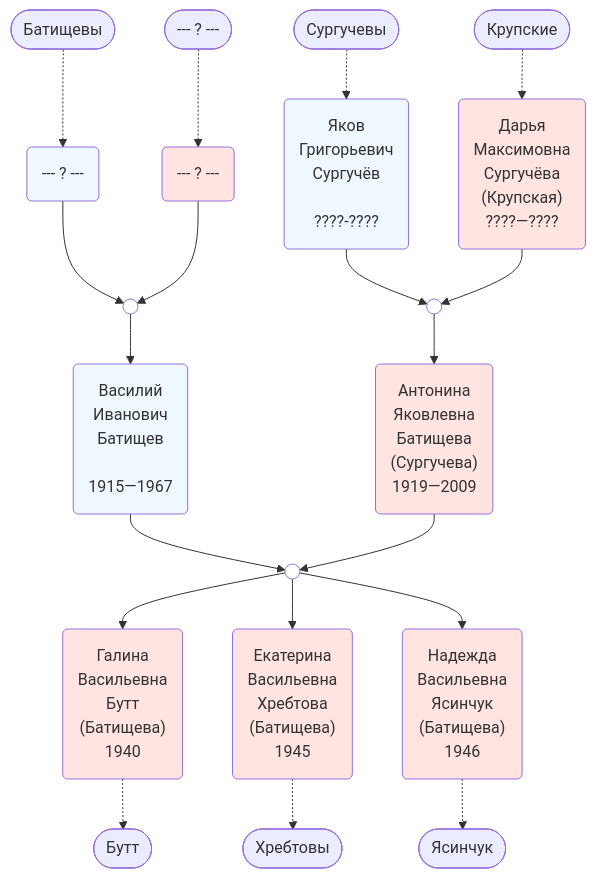
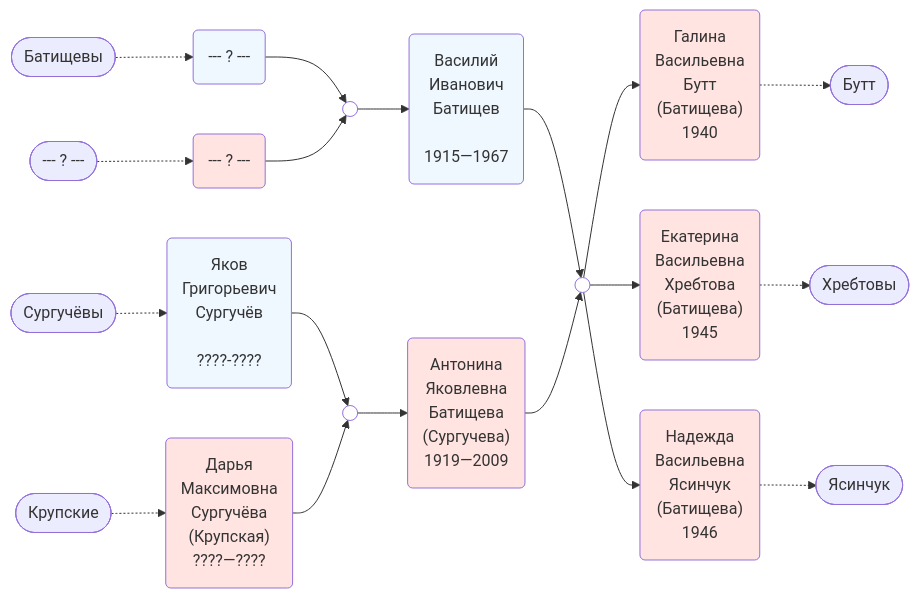
Before and after one commit to EryxSpp/VM: the diagram in Батищевы/index.qmd, drawn with Mermaid. The commit also changed 4 other files, not shown here.

Commit message:
Diagrams changed from TD to LR orientation

````diff
--- a/Батищевы/index.qmd
+++ b/Батищевы/index.qmd
@@ -13,54 +13,54 @@
 ```{mermaid}
-flowchart TB
+flowchart LR
     classDef F fill:MistyRose
     classDef M fill:AliceBlue
     classDef X fill:White
     PPA(["Батищевы"]) -.->PA("--- ? ---"):::M -->X1(( )):::X
     PMA(["--- ? ---"])-.->MA("--- ? ---"):::F -->X1
-    PPB(["Сургучевы"]) -.->PB("Яков
+    PPB(["Сургучёвы"]) -.->PB("Яков
                                Григорьевич
                                Сургучёв
                                 
                                ????-????"):::M -->X2(( )):::X
     PMB(["Крупские"]) -.->MB("Дарья
                               Максимовна
                               Сургучёва
                               (Крупская)
                               ????—????"):::F -->X2
     X1-->A("Василий
             Иванович
             Батищев
              
             1915—1967"):::M --> X3(( )):::X
     X2-->B("Антонина
             Яковлевна
             Батищева
             (Сургучева)
             1919—2009"):::F -->X3
     X3-->C1("Галина
              Васильевна
              Бутт
              (Батищева)
              1940"):::F
     X3-->C2("Екатерина
              Васильевна
              Хребтова
              (Батищева)
              1945"):::F
     X3-->C3("Надежда
              Васильевна
              Ясинчук
              (Батищева)
              1946"):::F
     C1-.->TC1(["Бутт"])
     C2-.->TC2(["Хребтовы"])
     C3-.->TC3(["Ясинчук"])
 
 
     click A "/VM/Батищевы/Василий_Иванович/"
     click B "/VM/Батищевы/Антонина_Яковлевна/index.html"
     click C1 "/VM/Батищевы/Галина_Васильевна/index.html"
     click C2 "/VM/Батищевы/Екатерина_Васильевна/index.html"
     click C3 "/VM/Батищевы/Надежда_Васильевна/index.html"
     click TC2 "/VM/Хребтовы/index.html"
 ```     
````
